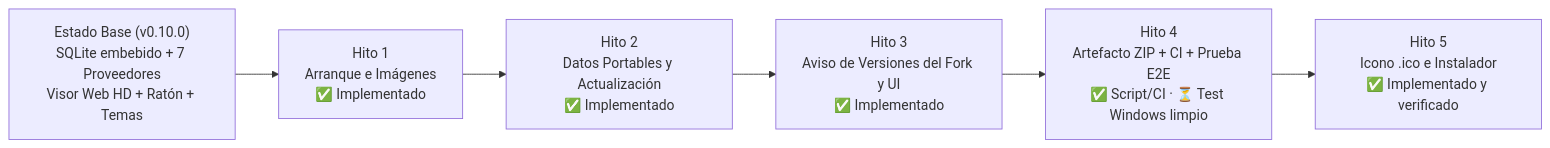
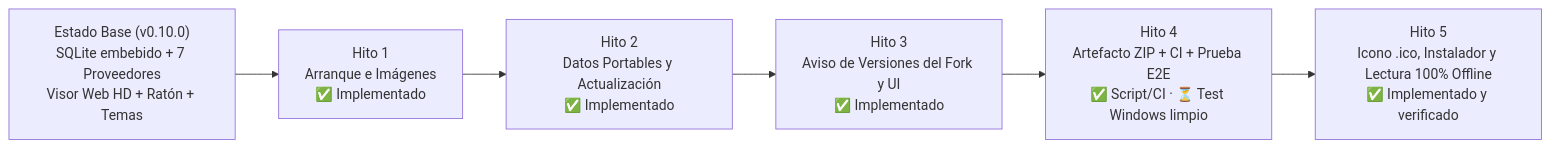
Before and after one commit to tomahawk1103/manga-tui: the diagram in ROADMAP.md, drawn with Mermaid. The commit also changed other lines of this file and 13 other files, not shown here.

````diff
--- a/ROADMAP.md
+++ b/ROADMAP.md
@@ -5,11 +5,11 @@
 ```mermaid
 flowchart LR
     Base["Estado Base (v0.10.0)<br/>SQLite embebido + 7 Proveedores<br/>Visor Web HD + Ratón + Temas"]
     H1["Hito 1<br/>Arranque e Imágenes<br/>✅ Implementado"]
     H2["Hito 2<br/>Datos Portables y Actualización<br/>✅ Implementado"]
     H3["Hito 3<br/>Aviso de Versiones del Fork y UI<br/>✅ Implementado"]
     H4["Hito 4<br/>Artefacto ZIP + CI + Prueba E2E<br/>✅ Script/CI · ⏳ Test Windows limpio"]
-    H5["Hito 5<br/>Icono .ico e Instalador<br/>✅ Implementado y verificado"]
+    H5["Hito 5<br/>Icono .ico, Instalador y Lectura 100% Offline<br/>✅ Implementado y verificado"]
 
     Base --> H1 --> H2 --> H3 --> H4 --> H5
 ```
````
